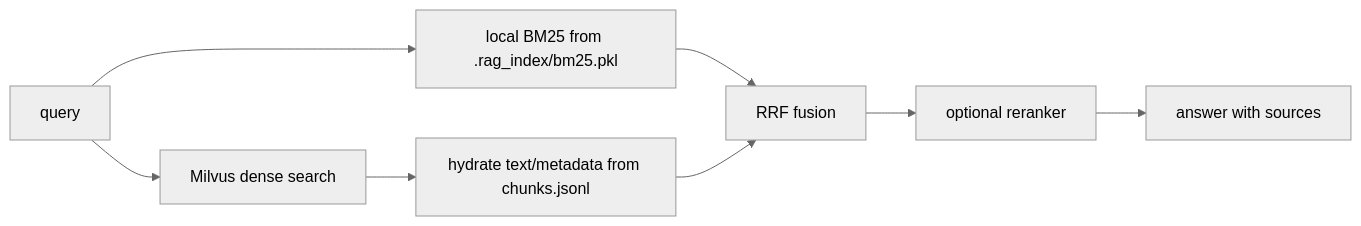
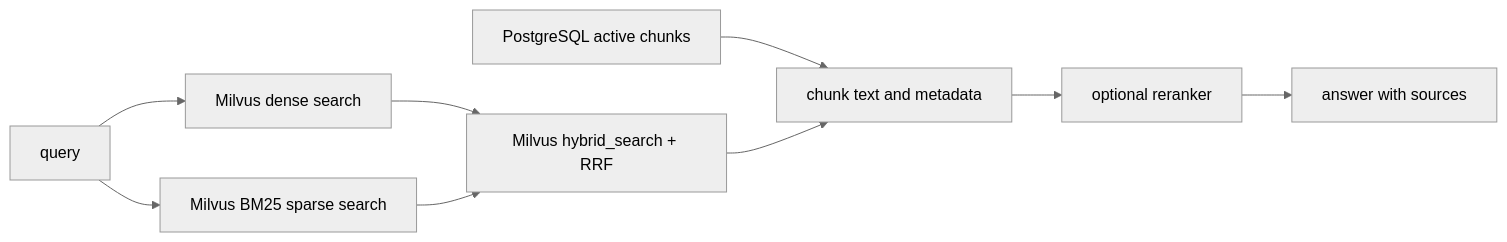
Before and after one commit to Ore124/QueryNest: the second of 2 diagrams in docs/rag_storage_upgrade_report.md, drawn with Mermaid (neutral theme). The commit also changed other lines of this file and 13 other files, not shown here.

Commit message:
Replace local BM25 with Milvus hybrid retrieval

````diff
--- a/docs/rag_storage_upgrade_report.md
+++ b/docs/rag_storage_upgrade_report.md
@@ -19,10 +18,11 @@
 ```mermaid
 flowchart LR
     Query["query"] --> Dense["Milvus dense search"]
-    Query --> BM25["local BM25 from .rag_index/bm25.pkl"]
-    Dense --> Hydrate["hydrate text/metadata from chunks.jsonl"]
-    BM25 --> Fusion["RRF fusion"]
-    Hydrate --> Fusion
-    Fusion --> Rerank["optional reranker"]
+    Query --> BM25["Milvus BM25 sparse search"]
+    Dense --> Hybrid["Milvus hybrid_search + RRF"]
+    BM25 --> Hybrid
+    Postgres["PostgreSQL active chunks"] --> Hydrate["chunk text and metadata"]
+    Hybrid --> Hydrate
+    Hydrate --> Rerank["optional reranker"]
     Rerank --> Answer["answer with sources"]
 ```
````
